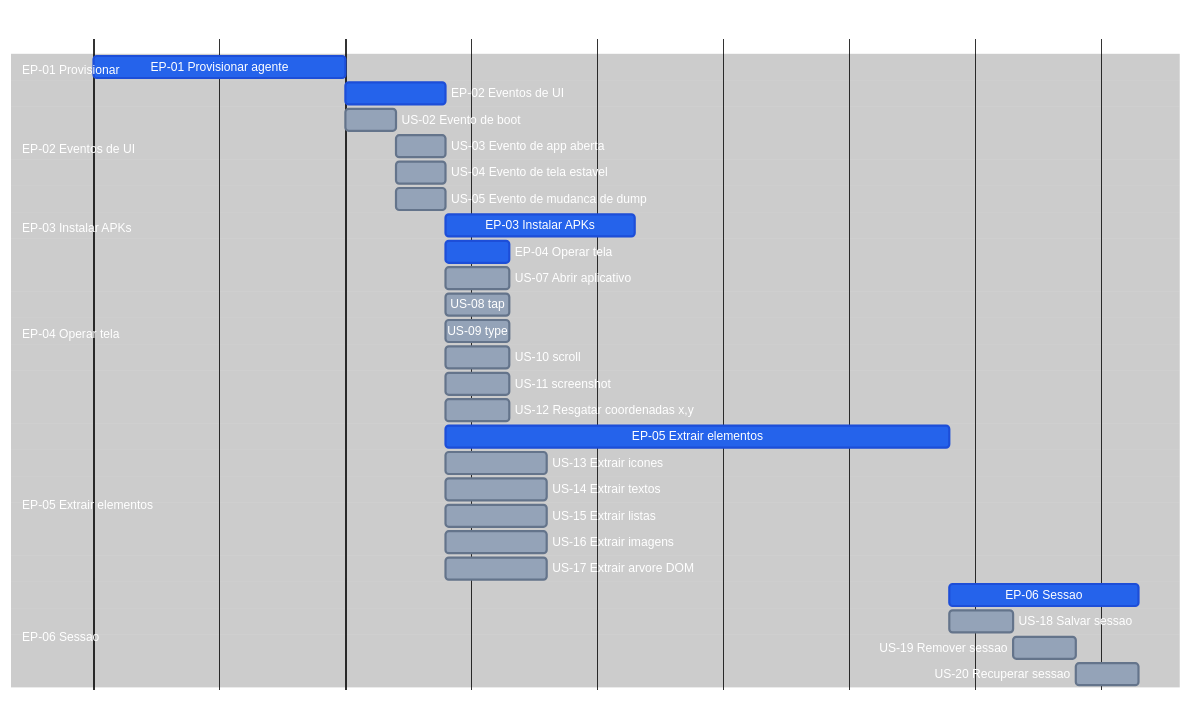
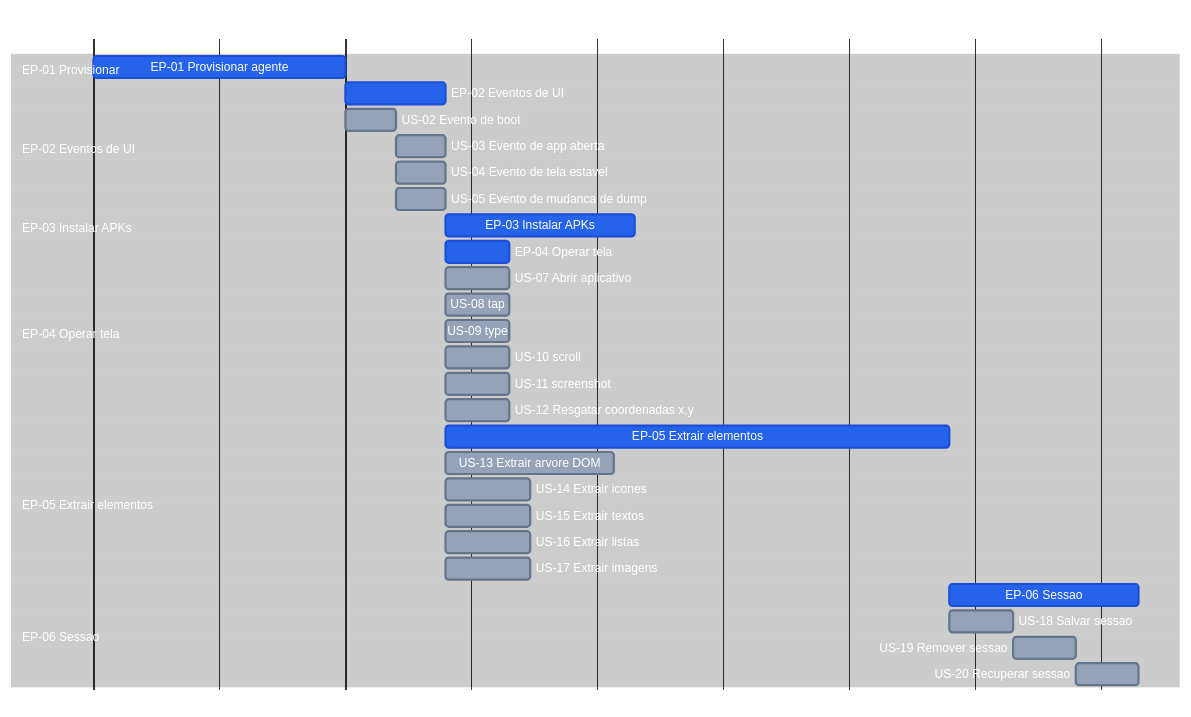
One commit to laerciogermano/workstation changed the diagram in connectmax/screen-robot/6.roadmap.md. Above: the diagram before and after it, drawn with Mermaid. The commit also changed 8 other files, not shown here.

Commit message:
Remove EP das linhas dos épicos; árvore DOM primeiro (textos, depois restante).

````diff
--- a/connectmax/screen-robot/6.roadmap.md
+++ b/connectmax/screen-robot/6.roadmap.md
@@ -9,75 +9,75 @@
 ```mermaid
 ---
 config:
   theme: base
   themeVariables:
     darkMode: true
     background: '#000000'
     primaryTextColor: '#ffffff'
     secondaryTextColor: '#ffffff'
     tertiaryTextColor: '#ffffff'
     textColor: '#ffffff'
     lineColor: '#333333'
     mainBkg: '#000000'
     secondaryColor: '#000000'
     tertiaryColor: '#000000'
     sectionBkgColor: '#000000'
     sectionBkgColor2: '#000000'
     altSectionBkgColor: '#000000'
     gridColor: '#222222'
     excludeBkgColor: '#000000'
     todayLineColor: '#444444'
     doneTaskBkgColor: '#2563eb'
     doneTaskBorderColor: '#1d4ed8'
     taskBkgColor: '#94a3b8'
     taskBorderColor: '#64748b'
     taskTextColor: '#ffffff'
     taskTextDarkColor: '#ffffff'
     taskTextLightColor: '#ffffff'
     taskTextOutsideColor: '#ffffff'
     critBkgColor: '#2563eb'
     critBorderColor: '#1d4ed8'
     activeTaskBkgColor: '#94a3b8'
     activeTaskBorderColor: '#64748b'
 ---
 gantt
   title screen-robot EP / US
   dateFormat X
   axisFormat %s
 
   section EP-01 Provisionar
   EP-01 Provisionar agente              :done, ep01, 0, 60m
 
   section EP-02 Eventos de UI
   EP-02 Eventos de UI                   :done, ep02, after ep01, 24m
   US-02 Evento de boot                  :us02, after ep01, 12m
   US-03 Evento de app aberta            :us03, after us02, 12m
   US-04 Evento de tela estavel          :us04, after us02, 12m
   US-05 Evento de mudanca de dump       :us05, after us02, 12m
 
   section EP-03 Instalar APKs
   EP-03 Instalar APKs                   :done, ep03, after us05, 45m
 
   section EP-04 Operar tela
   EP-04 Operar tela                     :done, ep04, after us05, 15m
   US-07 Abrir aplicativo                :us07, after us05, 15m
   US-08 tap                             :us08, after us05, 15m
   US-09 type                            :us09, after us05, 15m
   US-10 scroll                          :us10, after us05, 15m
   US-11 screenshot                      :us11, after us05, 15m
   US-12 Resgatar coordenadas x,y        :us12, after us05, 15m
 
   section EP-05 Extrair elementos
   EP-05 Extrair elementos               :done, ep05, after us05, 120m
-  US-13 Extrair icones                  :us13, after us05, 24m
-  US-14 Extrair textos                  :us14, after us05, 24m
-  US-15 Extrair listas                  :us15, after us05, 24m
-  US-16 Extrair imagens                 :us16, after us05, 24m
-  US-17 Extrair arvore DOM              :us17, after us05, 24m
+  US-13 Extrair arvore DOM              :us13, after us05, 40m
+  US-14 Extrair icones                  :us14, after us05, 20m
+  US-15 Extrair textos                  :us15, after us05, 20m
+  US-16 Extrair listas                  :us16, after us05, 20m
+  US-17 Extrair imagens                 :us17, after us05, 20m
 
   section EP-06 Sessao
   EP-06 Sessao                          :done, ep06, after ep05, 45m
   US-18 Salvar sessao                   :us18, after ep05, 15m
   US-19 Remover sessao                  :us19, after us18, 15m
   US-20 Recuperar sessao                :us20, after us19, 15m
 ```
````
